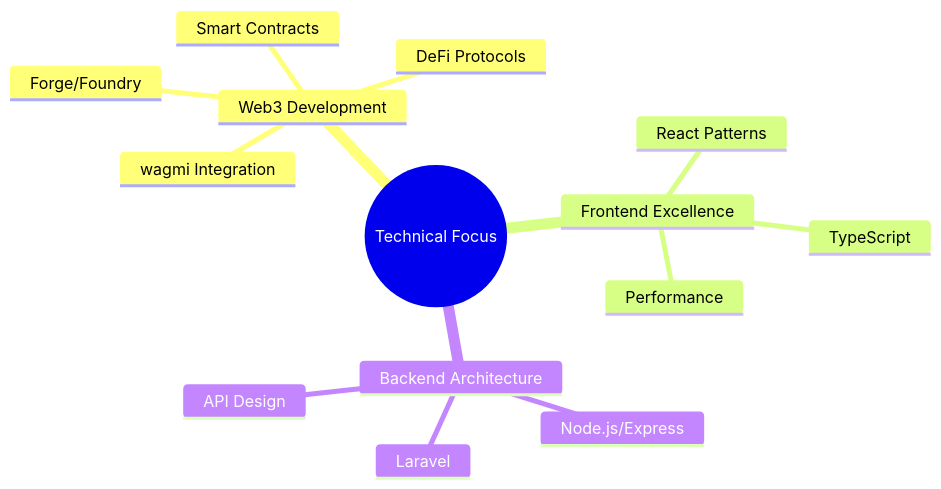
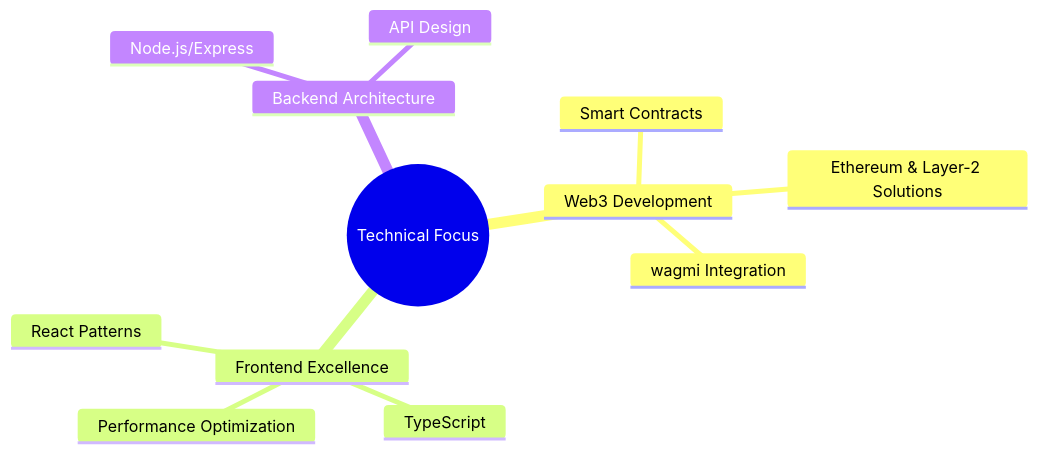
The diagram in README.md (impruthvi/impruthvi), drawn with Mermaid before and after one commit. The commit also changed other lines of this file, not shown here.

````diff
--- a/README.md
+++ b/README.md
@@ -52,17 +54,15 @@
 ```mermaid
 mindmap
   root((Technical Focus))
     Web3 Development
-      Forge/Foundry
       Smart Contracts
-      DeFi Protocols
+      Ethereum & Layer-2 Solutions
       wagmi Integration
     Frontend Excellence
       React Patterns
       TypeScript
-      Performance
+      Performance Optimization
     Backend Architecture
       Node.js/Express
-      Laravel
       API Design
 ```
````
